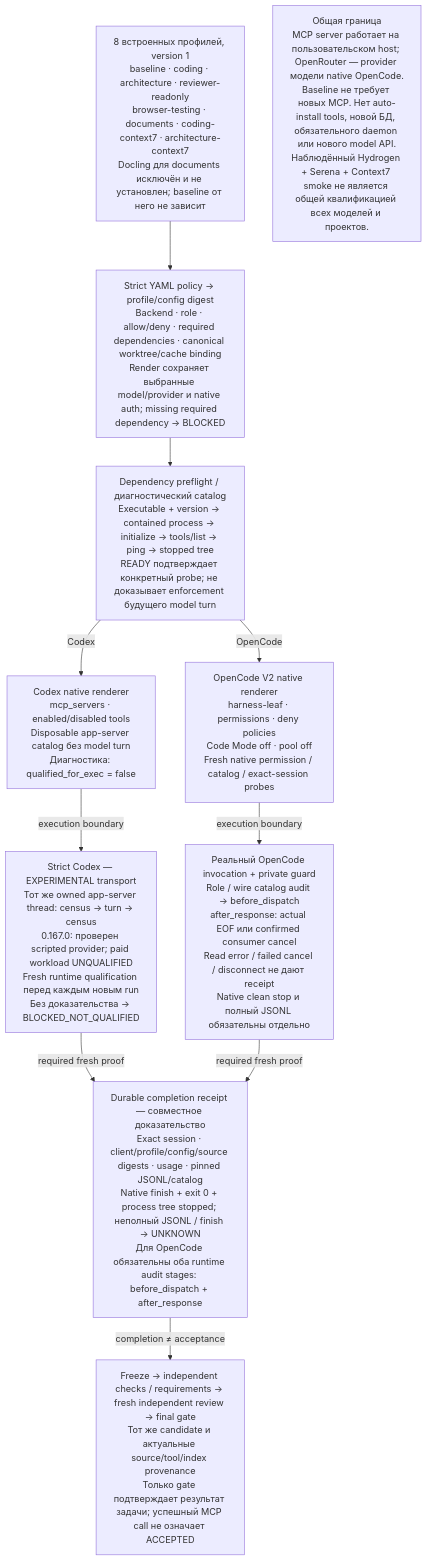
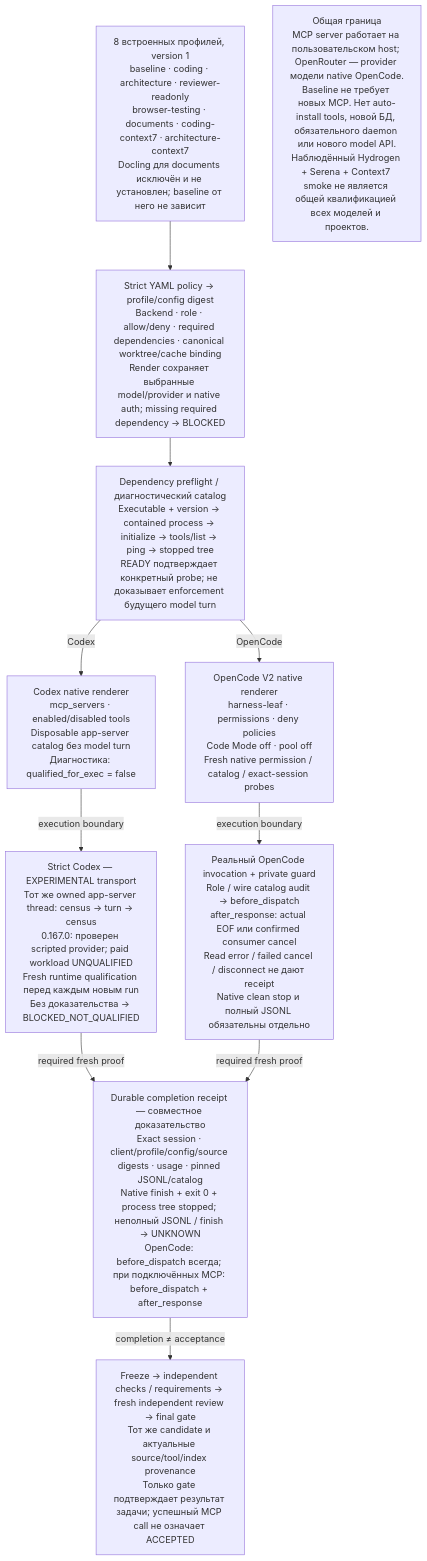
Before and after one commit to SUKUNA-AI/agent-harness: the first of 2 diagrams in docs/TOOLING_OPERATIONS_RU.md, drawn with Mermaid. The commit also changed other lines of this file and 2 other files, not shown here.

Commit message:
docs: scope post-response audit requirement to connected MCP

````diff
--- a/docs/TOOLING_OPERATIONS_RU.md
+++ b/docs/TOOLING_OPERATIONS_RU.md
@@ -22,22 +22,22 @@
 ```mermaid
 flowchart TD
     profiles["8 встроенных профилей, version 1<br/>baseline · coding · architecture · reviewer-readonly<br/>browser-testing · documents · coding-context7 · architecture-context7<br/>Docling для documents исключён и не установлен; baseline от него не зависит"]
     policy["Strict YAML policy → profile/config digest<br/>Backend · role · allow/deny · required dependencies · canonical worktree/cache binding<br/>Render сохраняет выбранные model/provider и native auth; missing required dependency → BLOCKED"]
     probe["Dependency preflight / диагностический catalog<br/>Executable + version → contained process → initialize → tools/list → ping → stopped tree<br/>READY подтверждает конкретный probe; не доказывает enforcement будущего model turn"]
     codex["Codex native renderer<br/>mcp_servers · enabled/disabled tools<br/>Disposable app-server catalog без model turn<br/>Диагностика: qualified_for_exec = false"]
     oc["OpenCode V2 native renderer<br/>harness-leaf · permissions · deny policies<br/>Code Mode off · pool off<br/>Fresh native permission / catalog / exact-session probes"]
     cxdeny["Strict Codex — EXPERIMENTAL transport<br/>Тот же owned app-server thread: census → turn → census<br/>0.167.0: проверен scripted provider; paid workload UNQUALIFIED<br/>Fresh runtime qualification перед каждым новым run<br/>Без доказательства → BLOCKED_NOT_QUALIFIED"]
     ocguard["Реальный OpenCode invocation + private guard<br/>Role / wire catalog audit → before_dispatch<br/>after_response: actual EOF или confirmed consumer cancel<br/>Read error / failed cancel / disconnect не дают receipt<br/>Native clean stop и полный JSONL обязательны отдельно"]
-    pin["Durable completion receipt — совместное доказательство<br/>Exact session · client/profile/config/source digests · usage · pinned JSONL/catalog<br/>Native finish + exit 0 + process tree stopped; неполный JSONL / finish → UNKNOWN<br/>Для OpenCode обязательны оба runtime audit stages: before_dispatch + after_response"]
+    pin["Durable completion receipt — совместное доказательство<br/>Exact session · client/profile/config/source digests · usage · pinned JSONL/catalog<br/>Native finish + exit 0 + process tree stopped; неполный JSONL / finish → UNKNOWN<br/>OpenCode: before_dispatch всегда; при подключённых MCP: before_dispatch + after_response"]
     gate["Freeze → independent checks / requirements → fresh independent review → final gate<br/>Тот же candidate и актуальные source/tool/index provenance<br/>Только gate подтверждает результат задачи; успешный MCP call не означает ACCEPTED"]
     bounds["Общая граница<br/>MCP server работает на пользовательском host; OpenRouter — provider модели native OpenCode.<br/>Baseline не требует новых MCP. Нет auto-install tools, новой БД, обязательного daemon или нового model API.<br/>Наблюдённый Hydrogen + Serena + Context7 smoke не является общей квалификацией всех моделей и проектов."]
     profiles --> policy
     policy --> probe
     probe -->|"Codex"| codex
     probe -->|"OpenCode"| oc
     codex -->|"execution boundary"| cxdeny
     oc -->|"execution boundary"| ocguard
     cxdeny -->|"required fresh proof"| pin
     ocguard -->|"required fresh proof"| pin
     pin -->|"completion ≠ acceptance"| gate
 ```
````
